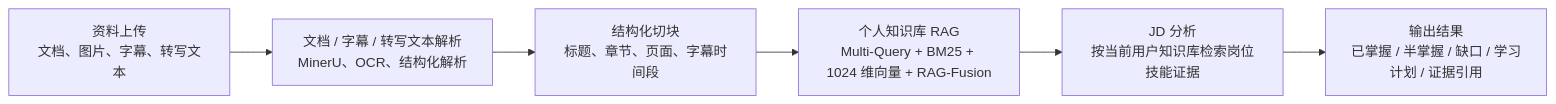
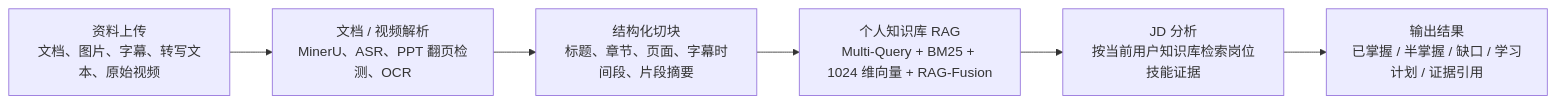
Before and after one commit to HeWhenJay/Multimodal-RAG-Agent-Learning-Evidence-Platform: the first of 6 diagrams in README.md, drawn with Mermaid. The commit also changed other lines of this file and 7 other files, not shown here.

````diff
--- a/README.md
+++ b/README.md
@@ -24,8 +24,8 @@
 ```mermaid
 flowchart LR
-    A["资料上传<br/>文档、图片、字幕、转写文本"] --> B["文档 / 字幕 / 转写文本解析<br/>MinerU、OCR、结构化解析"]
-    B --> C["结构化切块<br/>标题、章节、页面、字幕时间段"]
+    A["资料上传<br/>文档、图片、字幕、转写文本、原始视频"] --> B["文档 / 视频解析<br/>MinerU、ASR、PPT 翻页检测、OCR"]
+    B --> C["结构化切块<br/>标题、章节、页面、字幕时间段、片段摘要"]
     C --> D["个人知识库 RAG<br/>Multi-Query + BM25 + 1024 维向量 + RAG-Fusion"]
     D --> E["JD 分析<br/>按当前用户知识库检索岗位技能证据"]
     E --> F["输出结果<br/>已掌握 / 半掌握 / 缺口 / 学习计划 / 证据引用"]
 ```
````
